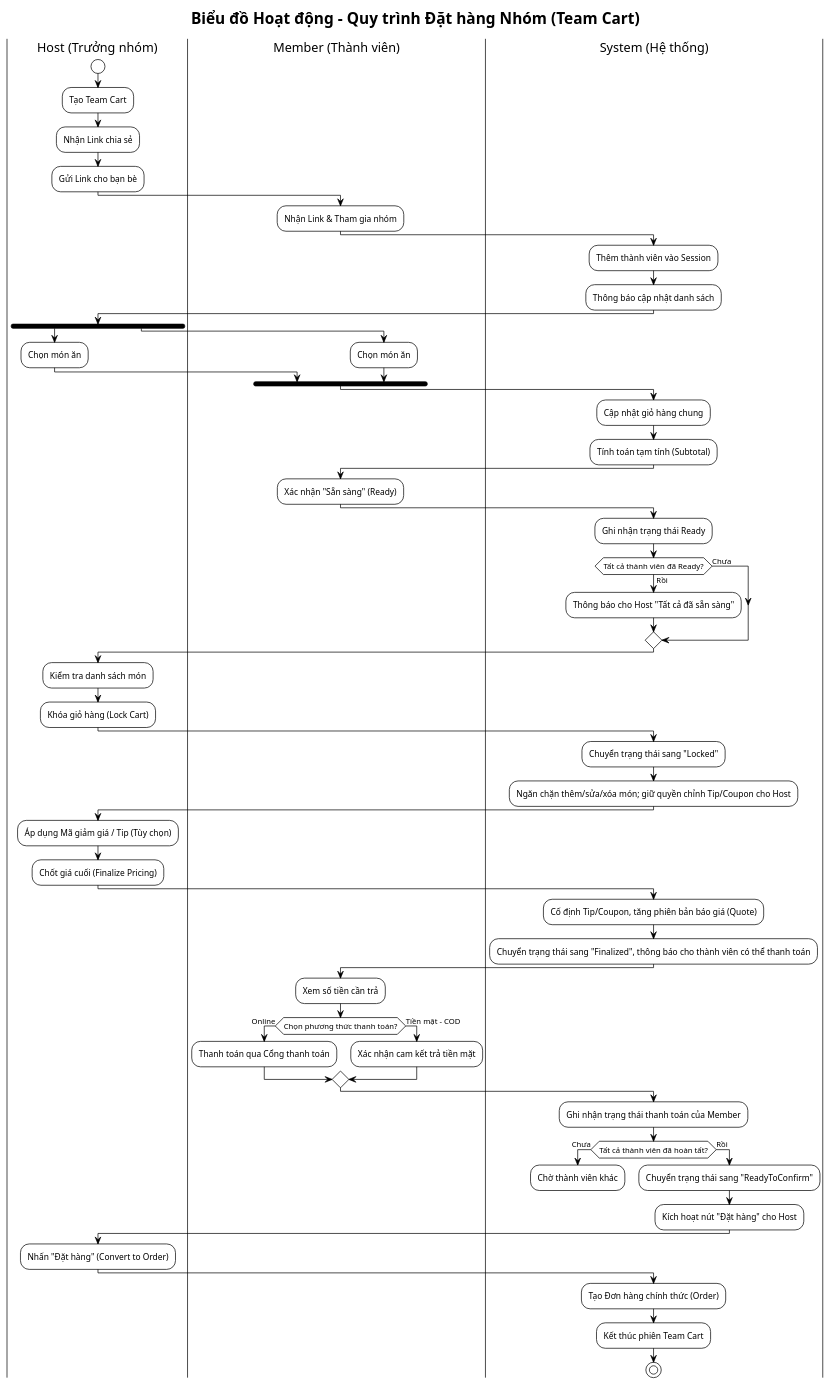
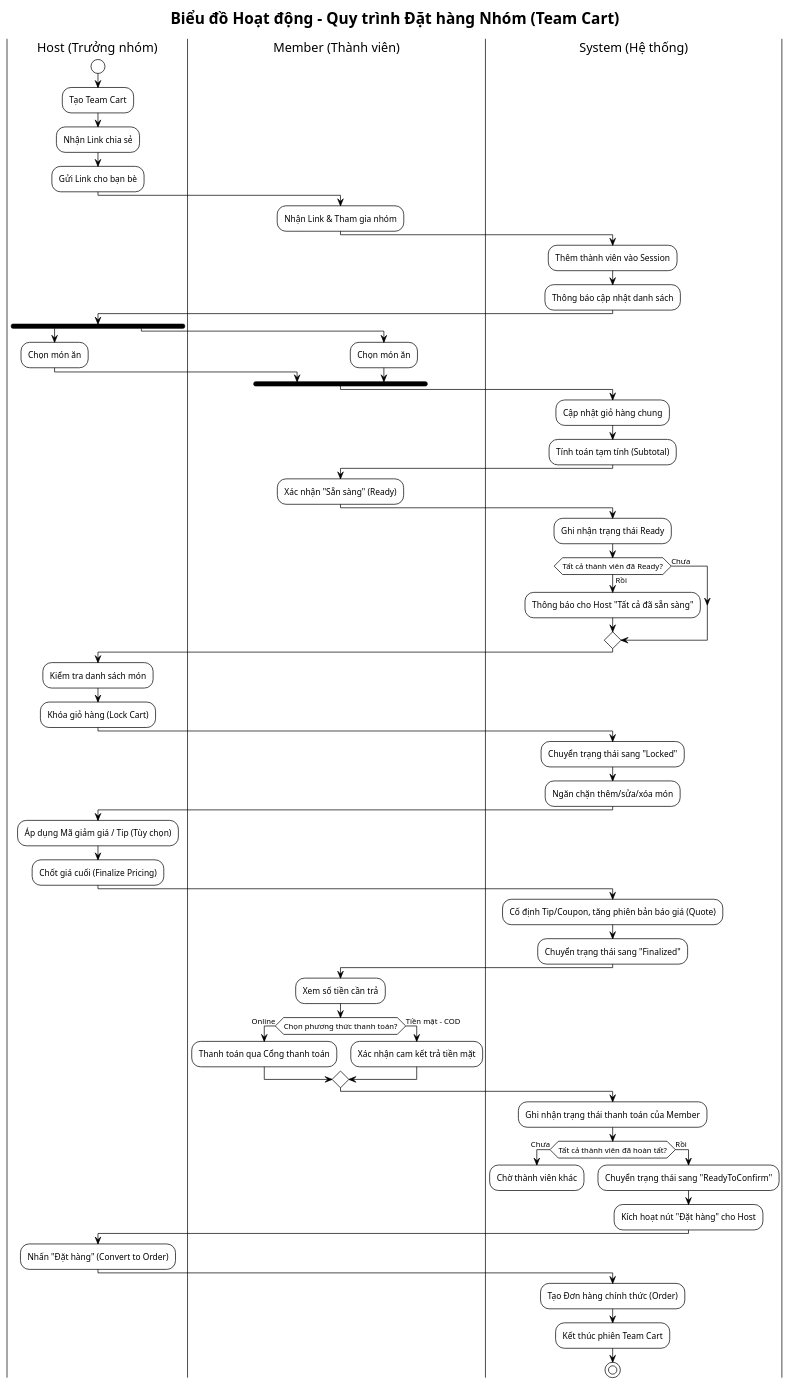
Before and after one commit to hoangvu1420/YummyZoom: the diagram in report/res/diagrams/activity_teamcart_process.puml, drawn with PlantUML. The commit also changed 18 other files, not shown here.

First line of the commit message:
Update table of contents and refine activity diagram for TeamCart process

```diff
--- a/report/res/diagrams/activity_teamcart_process.puml
+++ b/report/res/diagrams/activity_teamcart_process.puml
@@ -1,84 +1,84 @@
 @startuml TeamCart_Process_Activity_Diagram
 !theme plain
 
 title Biểu đồ Hoạt động - Quy trình Đặt hàng Nhóm (Team Cart)
 
 |Host (Trưởng nhóm)|
 start
 :Tạo Team Cart;
 :Nhận Link chia sẻ;
 :Gửi Link cho bạn bè;
 
 |Member (Thành viên)|
 :Nhận Link & Tham gia nhóm;
 
 |System (Hệ thống)|
 :Thêm thành viên vào Session;
 :Thông báo cập nhật danh sách;
 
 |Host (Trưởng nhóm)|
 fork
     :Chọn món ăn;
 fork again
     |Member (Thành viên)|
     :Chọn món ăn;
 end fork
 
 |System (Hệ thống)|
 :Cập nhật giỏ hàng chung;
 :Tính toán tạm tính (Subtotal);
 
 |Member (Thành viên)|
 :Xác nhận "Sẵn sàng" (Ready);
 
 |System (Hệ thống)|
 :Ghi nhận trạng thái Ready;
 if (Tất cả thành viên đã Ready?) then (Rồi)
     :Thông báo cho Host "Tất cả đã sẵn sàng";
 else (Chưa)
 endif
 
 |Host (Trưởng nhóm)|
 :Kiểm tra danh sách món;
 :Khóa giỏ hàng (Lock Cart);
 
 |System (Hệ thống)|
 :Chuyển trạng thái sang "Locked";
-:Ngăn chặn thêm/sửa/xóa món; giữ quyền chỉnh Tip/Coupon cho Host;
+:Ngăn chặn thêm/sửa/xóa món;
 
 |Host (Trưởng nhóm)|
 :Áp dụng Mã giảm giá / Tip (Tùy chọn);
 :Chốt giá cuối (Finalize Pricing);
 
 |System (Hệ thống)|
 :Cố định Tip/Coupon, tăng phiên bản báo giá (Quote);
-:Chuyển trạng thái sang "Finalized", thông báo cho thành viên có thể thanh toán;
+:Chuyển trạng thái sang "Finalized";
 
 |Member (Thành viên)|
 :Xem số tiền cần trả;
 if (Chọn phương thức thanh toán?) then (Online)
     :Thanh toán qua Cổng thanh toán;
 else (Tiền mặt - COD)
     :Xác nhận cam kết trả tiền mặt;
 endif
 
 |System (Hệ thống)|
 :Ghi nhận trạng thái thanh toán của Member;
 if (Tất cả thành viên đã hoàn tất?) then (Chưa)
     :Chờ thành viên khác;
     detach
 else (Rồi)
     :Chuyển trạng thái sang "ReadyToConfirm";
     :Kích hoạt nút "Đặt hàng" cho Host;
 endif
 
 |Host (Trưởng nhóm)|
 :Nhấn "Đặt hàng" (Convert to Order);
 
 |System (Hệ thống)|
 :Tạo Đơn hàng chính thức (Order);
 :Kết thúc phiên Team Cart;
 
 stop
 
 @enduml
```
